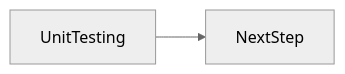
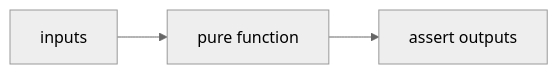
The second of 2 diagrams in docs/en/16-testing/unit-testing/index.md (OmidJavaherii/Frontend-Engineering-Handbook), drawn with Mermaid (neutral theme) before and after one commit. The commit also changed other lines of this file and 461 other files, not shown here.

````diff
--- a/docs/en/16-testing/unit-testing/index.md
+++ b/docs/en/16-testing/unit-testing/index.md
@@ -94,4 +117,5 @@
 ```mermaid
 flowchart LR
-  concept[UnitTesting] --> nextStep[NextStep]
+  In[inputs] --> Unit[pure function]
+  Unit --> Out[assert outputs]
 ```
````
